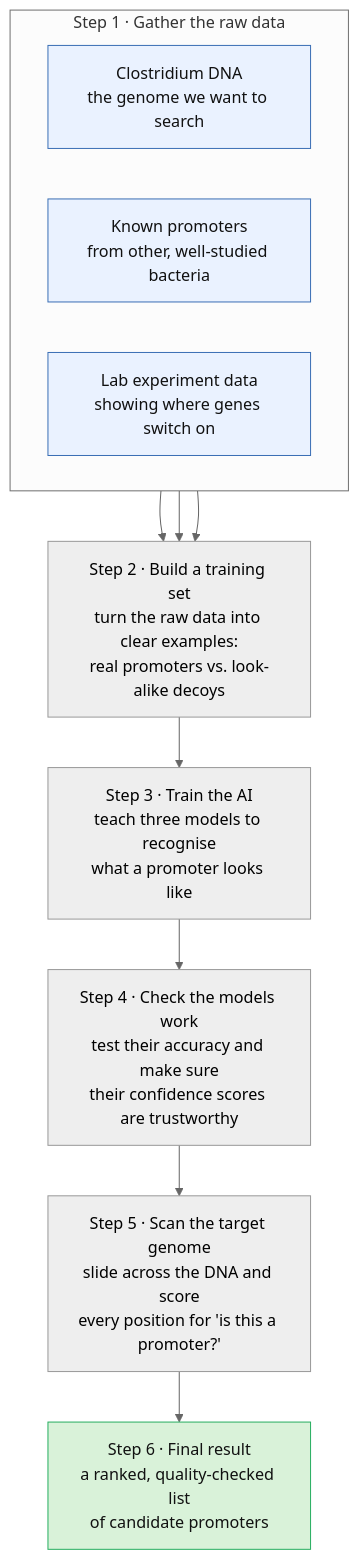
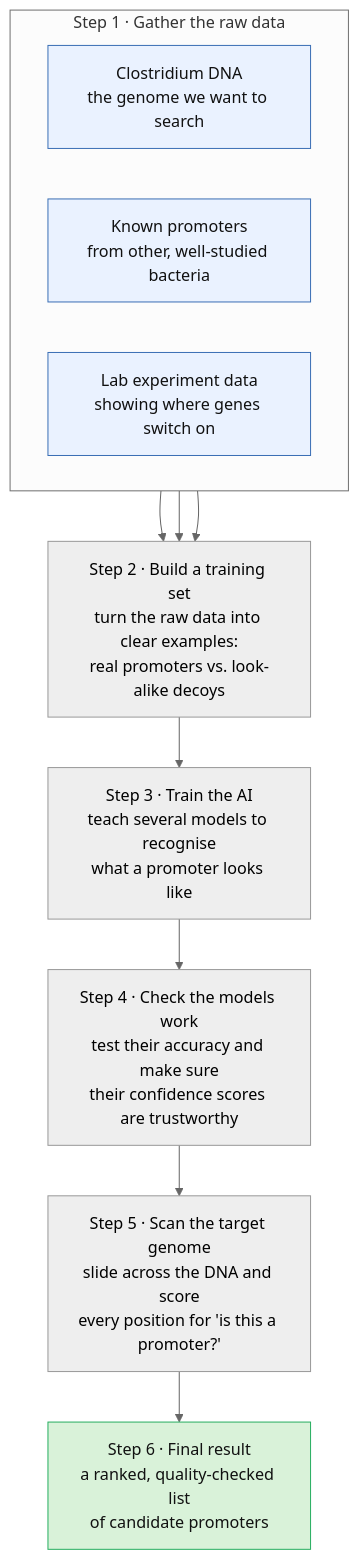
The diagram in README.md (HKUST-iGEM-2026/cb-promoter-mining), drawn with Mermaid (neutral theme) before and after one commit. The commit also changed other lines of this file and 2 other files, not shown here.

````diff
--- a/README.md
+++ b/README.md
@@ -7,25 +22,25 @@
 ```mermaid
 flowchart TB
   subgraph IN[" Step 1 · Gather the raw data "]
     direction LR
     A["Clostridium DNA<br/>the genome we want to search"]
     B["Known promoters<br/>from other, well-studied bacteria"]
     C["Lab experiment data<br/>showing where genes switch on"]
   end
 
   D["Step 2 · Build a training set<br/>turn the raw data into clear examples:<br/>real promoters vs. look-alike decoys"]
-  E["Step 3 · Train the AI<br/>teach three models to recognise<br/>what a promoter looks like"]
+  E["Step 3 · Train the AI<br/>teach several models to recognise<br/>what a promoter looks like"]
   F["Step 4 · Check the models work<br/>test their accuracy and make sure<br/>their confidence scores are trustworthy"]
   G["Step 5 · Scan the target genome<br/>slide across the DNA and score<br/>every position for 'is this a promoter?'"]
   H["Step 6 · Final result<br/>a ranked, quality-checked list<br/>of candidate promoters"]
 
   A --> D
   B --> D
   C --> D
   D --> E --> F --> G --> H
 
   classDef input fill:#eaf2ff,stroke:#3b6fb5,color:#111;
   classDef goal fill:#d9f2d9,stroke:#27ae60,color:#111;
   class A,B,C input;
   class H goal;
 ```
````
